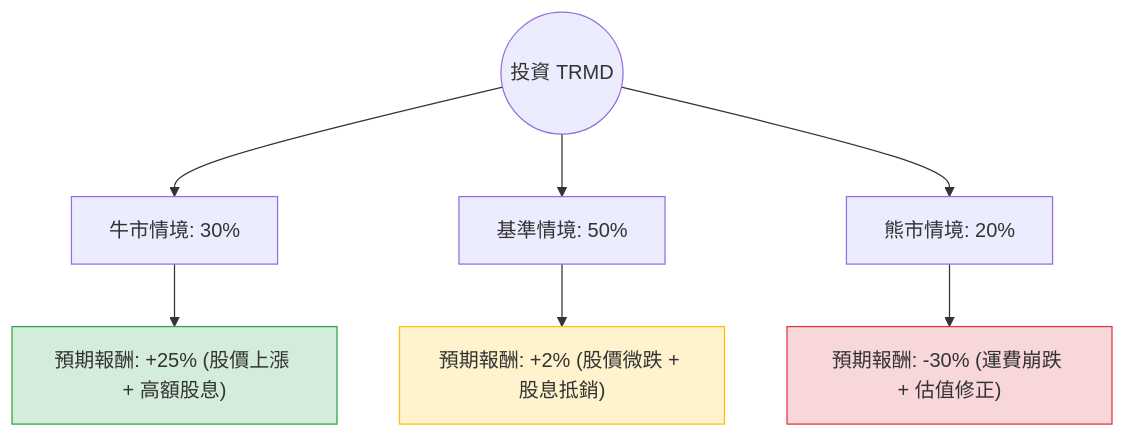
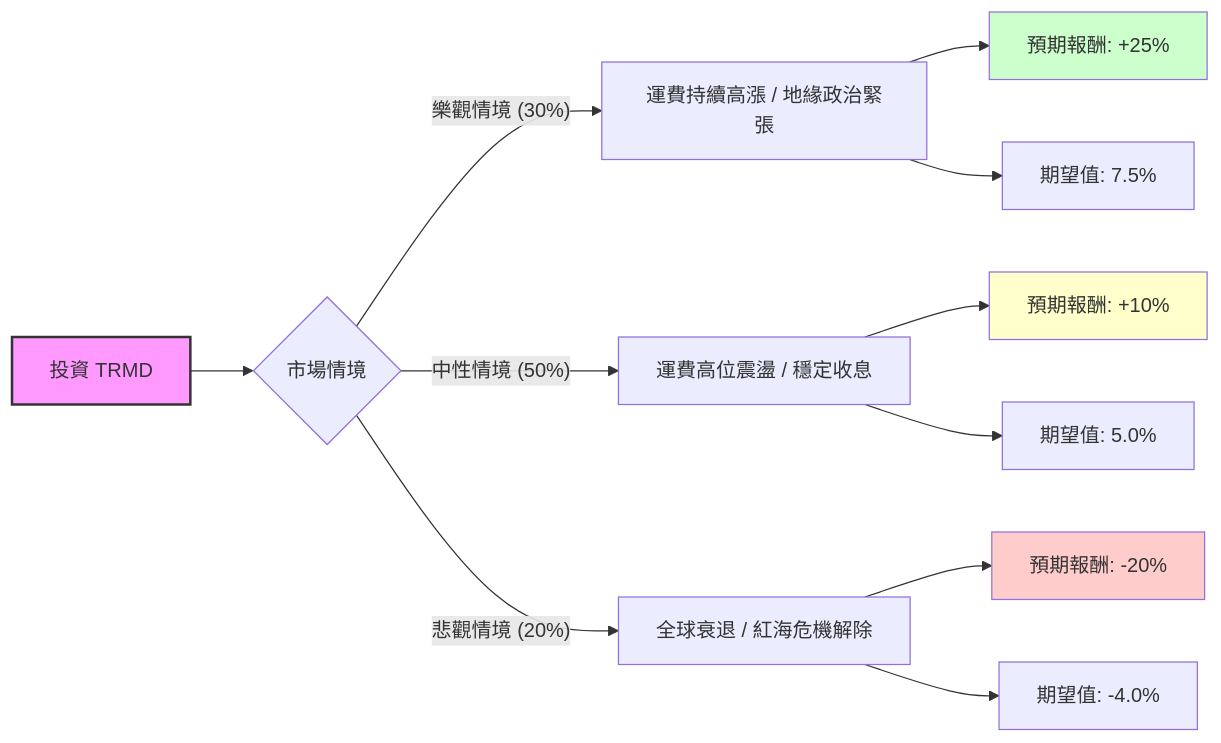
Before and after one commit to zmcx16/zmcx16.github.io: the diagram in plugin-react/ai-analysis/ev-analysis/TRMD.md, drawn with Mermaid. The commit also changed other lines of this file and 75 other files, not shown here.

````diff
--- a/plugin-react/ai-analysis/ev-analysis/TRMD.md
+++ b/plugin-react/ai-analysis/ev-analysis/TRMD.md
@@ -20,14 +24,21 @@
 ```mermaid
-graph TD
-    Start((投資 TRMD)) --> Bull[牛市情境: 30%]
-    Start --> Base[基準情境: 50%]
-    Start --> Bear[熊市情境: 20%]
+graph LR
+    A[投資 TRMD] --> B{市場情境}
+    
+    B -- 樂觀情境 (30%) --> C[運費持續高漲 / 地緣政治緊張]
+    C --> C1[預期報酬: +25%]
+    C --> C2[期望值: 7.5%]
 
-    Bull --> Bull_EV["預期報酬: +25% (股價上漲 + 高額股息)"]
-    Base --> Base_EV["預期報酬: +2% (股價微跌 + 股息抵銷)"]
-    Bear --> Bear_EV["預期報酬: -30% (運費崩跌 + 估值修正)"]
+    B -- 中性情境 (50%) --> D[運費高位震盪 / 穩定收息]
+    D --> D1[預期報酬: +10%]
+    D --> D2[期望值: 5.0%]
 
-    style Bull_EV fill:#d4edda,stroke:#28a745
-    style Base_EV fill:#fff3cd,stroke:#ffc107
-    style Bear_EV fill:#f8d7da,stroke:#dc3545
+    B -- 悲觀情境 (20%) --> E[全球衰退 / 紅海危機解除]
+    E --> E1[預期報酬: -20%]
+    E --> E2[期望值: -4.0%]
+
+    style A fill:#f9f,stroke:#333,stroke-width:2px
+    style C1 fill:#ccffcc
+    style D1 fill:#ffffcc
+    style E1 fill:#ffcccc
 ```
````
